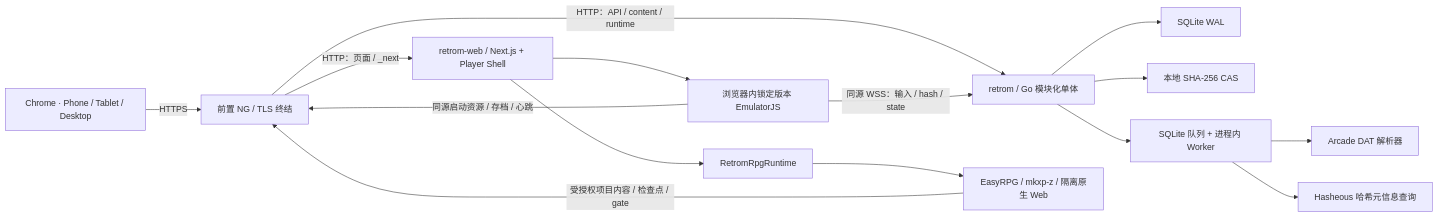
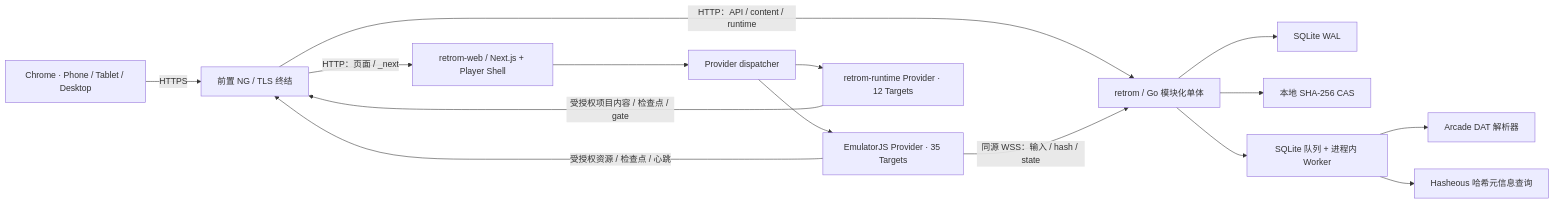
One commit to retrom-project/retrom changed the second of 4 diagrams in docs/retrom-product-architecture.md. Above: the diagram before and after it, drawn with Mermaid. The commit also changed other lines of this file and 795 other files, not shown here.

First line of the commit message:
refactor: unify Runtime Providers and simplify host launch architecture (#19)

```diff
--- a/docs/retrom-product-architecture.md
+++ b/docs/retrom-product-architecture.md
@@ -206,17 +207,17 @@
 ~~~mermaid
 flowchart LR
     U["Chrome · Phone / Tablet / Desktop"] -->|HTTPS| N["前置 NG / TLS 终结"]
     N -->|HTTP：页面 / _next| W["retrom-web / Next.js + Player Shell"]
     N -->|HTTP：API / content / runtime| S["retrom / Go 模块化单体"]
-    W --> R["浏览器内锁定版本 EmulatorJS"]
-    W --> RR["RetromRpgRuntime"]
-    RR --> RW["EasyRPG / mkxp-z / 隔离原生 Web"]
+    W --> PD["Provider dispatcher"]
+    PD --> EP["EmulatorJS Provider · 35 Targets"]
+    PD --> RP["retrom-runtime Provider · 12 Targets"]
     S --> D["SQLite WAL"]
     S --> B["本地 SHA-256 CAS"]
     S --> J["SQLite 队列 + 进程内 Worker"]
     J --> A["Arcade DAT 解析器"]
     J --> H["Hasheous 哈希元信息查询"]
-    R -->|同源启动资源 / 存档 / 心跳| N
-    RW -->|受授权项目内容 / 检查点 / gate| N
-    R -->|同源 WSS：输入 / hash / state| S
+    EP -->|受授权资源 / 检查点 / 心跳| N
+    RP -->|受授权项目内容 / 检查点 / gate| N
+    EP -->|同源 WSS：输入 / hash / state| S
 ~~~
```
